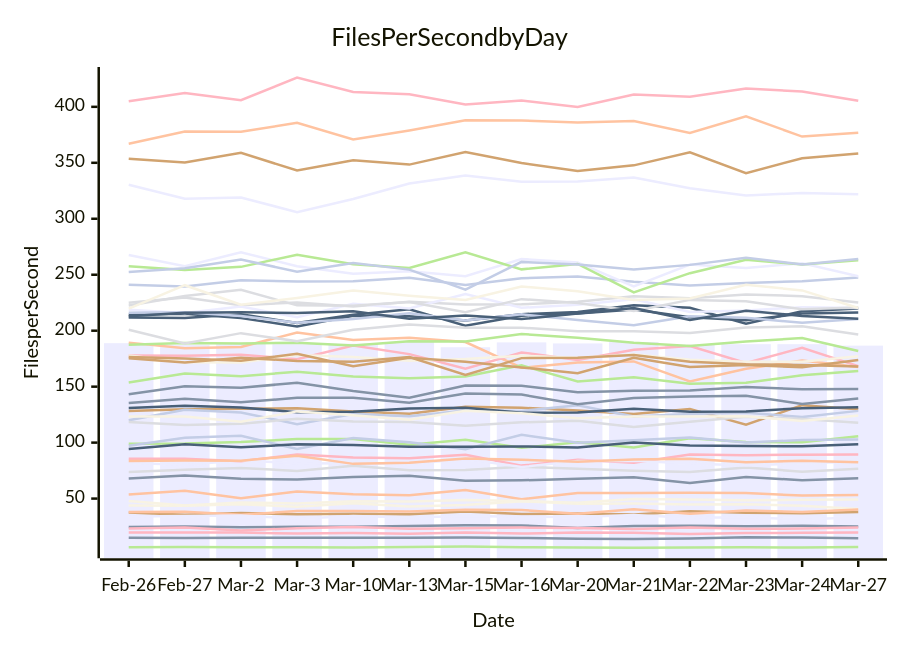
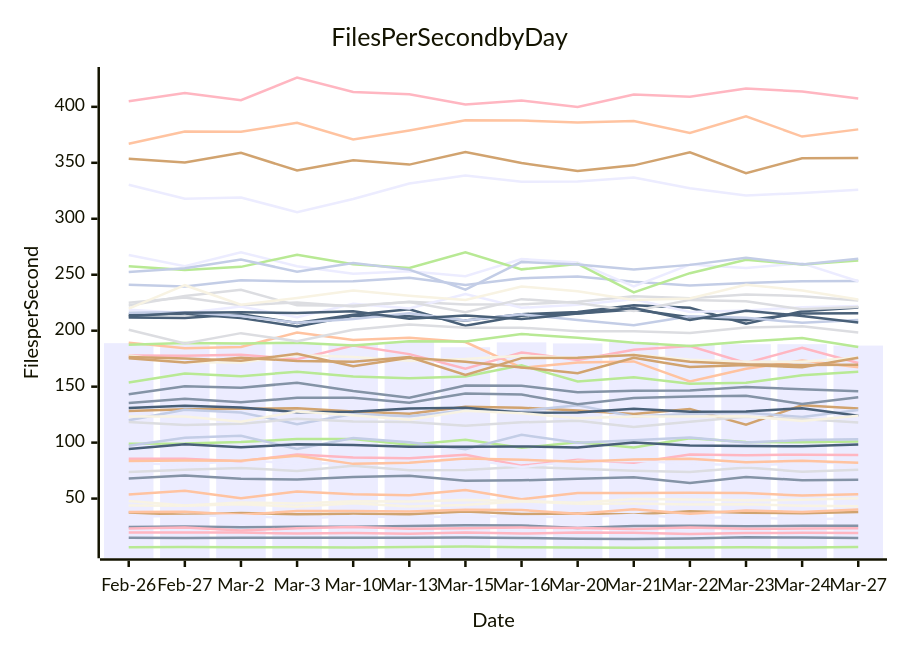
Before and after one commit to streetsidesoftware/cspell: the diagram in perf-report.md, drawn with Mermaid. The commit also changed other lines of this file and 2 other files, not shown here.

````diff
--- a/perf-report.md
+++ b/perf-report.md
@@ -11,57 +11,57 @@
 ```mermaid
 xychart-beta
     title Files Per Second by Day
     y-axis Files per Second
     x-axis Date [Feb-26, Feb-27, Mar-2, Mar-3, Mar-10, Mar-13, Mar-15, Mar-16, Mar-20, Mar-21, Mar-22, Mar-23, Mar-24, Mar-27]
-    bar [188.86, 187.47, 189.15, 187.99, 188.38, 189.98, 185.21, 189.57, 188.63, 189.87, 187.45, 187.93, 187.93, 186.66]
-    line [14.98, 14.69, 15.09, 15.05, 14.93, 14.92, 15.23, 14.84, 14.06, 13.99, 14.45, 15.39, 15.15, 14.58]
-    line [366.95, 377.92, 377.66, 385.69, 370.91, 378.91, 387.90, 387.80, 386.06, 387.41, 376.59, 391.51, 373.44, 376.90]
-    line [73.75, 75.77, 77.40, 74.68, 79.36, 75.39, 75.58, 78.40, 76.58, 74.92, 73.83, 77.77, 74.02, 76.72]
-    line [99.09, 99.19, 100.48, 103.18, 103.33, 98.05, 102.55, 95.32, 100.34, 95.68, 103.94, 100.49, 100.37, 105.76]
-    line [128.31, 129.87, 130.27, 130.71, 127.81, 125.76, 132.01, 131.14, 128.67, 125.67, 130.11, 116.06, 133.46, 129.91]
-    line [119.96, 129.35, 126.96, 116.50, 125.61, 123.50, 128.64, 128.22, 133.34, 123.28, 125.66, 126.65, 122.93, 128.36]
-    line [85.68, 85.69, 83.26, 89.40, 86.73, 86.09, 89.20, 79.46, 84.64, 82.02, 89.37, 88.80, 89.20, 89.35]
-    line [214.22, 215.21, 211.23, 203.79, 213.30, 213.00, 209.05, 214.75, 216.78, 222.67, 220.47, 206.28, 217.42, 219.92]
-    line [43.86, 43.58, 44.95, 42.68, 45.79, 43.00, 44.30, 47.55, 45.42, 45.55, 44.76, 44.94, 43.55, 40.77]
-    line [81.93, 80.10, 84.29, 81.35, 81.66, 80.93, 85.41, 78.19, 83.51, 83.81, 81.43, 79.47, 81.70, 82.61]
-    line [24.62, 25.06, 24.45, 24.76, 24.74, 25.60, 26.18, 25.98, 23.83, 25.61, 25.64, 25.22, 25.67, 25.09]
-    line [189.34, 184.31, 185.47, 198.42, 191.68, 193.62, 189.84, 166.89, 171.60, 172.56, 154.71, 166.00, 173.35, 167.52]
-    line [225.02, 229.69, 222.82, 225.14, 221.56, 225.82, 223.33, 223.62, 225.78, 230.86, 229.00, 232.44, 230.81, 225.18]
-    line [6.44, 6.78, 6.62, 6.55, 6.32, 6.79, 7.12, 6.59, 6.35, 6.19, 6.26, 6.60, 6.25, 6.81]
-    line [37.66, 35.60, 37.02, 36.08, 36.38, 35.91, 38.37, 36.25, 36.61, 35.87, 38.67, 37.37, 36.99, 38.05]
-    line [97.11, 104.32, 106.04, 94.30, 104.19, 100.36, 94.07, 106.95, 99.82, 102.15, 104.63, 100.11, 102.26, 102.72]
-    line [177.93, 177.54, 178.41, 174.58, 186.65, 179.06, 166.05, 180.55, 173.75, 182.92, 186.30, 171.18, 184.68, 168.37]
-    line [211.79, 211.44, 214.66, 206.78, 214.22, 219.20, 204.44, 213.42, 215.32, 218.95, 211.96, 209.30, 215.41, 216.20]
-    line [177.93, 171.71, 171.61, 178.31, 176.56, 173.19, 174.63, 177.66, 175.92, 178.79, 174.01, 172.30, 172.16, 177.09]
-    line [218.81, 215.75, 221.50, 212.02, 224.11, 219.75, 232.68, 220.52, 223.12, 228.15, 216.79, 218.07, 220.91, 220.34]
-    line [143.30, 150.41, 149.07, 153.47, 146.06, 140.05, 150.95, 150.81, 144.94, 146.39, 146.52, 149.65, 147.78, 147.83]
-    line [83.59, 84.08, 83.89, 88.30, 81.02, 82.11, 85.90, 84.63, 82.99, 84.87, 85.57, 82.40, 83.84, 82.50]
-    line [222.46, 230.96, 236.51, 222.64, 222.38, 225.56, 216.60, 228.18, 224.68, 217.69, 227.52, 226.28, 219.14, 220.79]
-    line [187.50, 189.10, 188.54, 189.19, 186.81, 190.52, 190.26, 197.02, 193.75, 189.15, 186.42, 190.28, 193.49, 181.91]
-    line [353.61, 350.32, 358.90, 343.06, 352.21, 348.39, 359.59, 349.81, 342.75, 347.71, 359.34, 340.76, 354.09, 358.28]
-    line [240.98, 239.52, 244.96, 243.99, 244.22, 247.23, 240.74, 246.80, 248.37, 243.77, 240.29, 242.61, 244.28, 247.49]
-    line [23.19, 24.07, 21.50, 23.56, 24.56, 23.16, 23.57, 24.07, 23.83, 22.72, 24.07, 23.01, 23.19, 24.13]
-    line [94.30, 98.50, 95.82, 98.55, 97.82, 96.22, 96.21, 96.60, 95.61, 100.00, 97.34, 96.90, 96.73, 98.60]
-    line [219.75, 240.64, 223.28, 229.19, 235.85, 231.18, 227.46, 239.47, 235.22, 227.41, 228.79, 241.01, 235.98, 220.22]
-    line [330.45, 317.84, 319.02, 305.87, 317.67, 331.44, 338.69, 332.97, 333.24, 336.87, 327.34, 320.84, 322.94, 321.90]
-    line [135.42, 139.26, 136.06, 139.99, 140.01, 135.63, 143.93, 142.95, 134.36, 139.82, 141.15, 141.79, 134.53, 139.50]
-    line [38.02, 38.35, 35.65, 38.90, 38.99, 38.46, 40.13, 39.77, 36.42, 40.38, 36.50, 39.38, 38.08, 40.30]
-    line [118.53, 115.70, 116.93, 121.24, 118.95, 118.40, 114.99, 118.14, 119.47, 113.95, 118.70, 123.16, 121.00, 117.83]
-    line [153.79, 161.66, 159.28, 163.36, 159.01, 157.48, 159.10, 169.05, 154.54, 158.47, 152.54, 153.40, 160.13, 163.97]
-    line [176.50, 175.06, 173.05, 179.29, 168.17, 175.84, 172.23, 167.20, 162.09, 175.73, 167.53, 169.26, 167.37, 173.73]
-    line [215.98, 216.39, 213.20, 207.00, 210.46, 215.67, 209.05, 214.60, 209.59, 204.82, 212.94, 211.50, 207.03, 210.52]
-    line [405.05, 412.32, 405.86, 426.09, 413.29, 411.20, 402.18, 405.65, 399.88, 410.92, 409.10, 416.42, 413.72, 405.40]
-    line [131.00, 133.00, 131.45, 127.22, 127.60, 130.54, 131.20, 126.76, 126.98, 130.36, 127.52, 127.75, 130.81, 131.70]
-    line [123.31, 123.27, 118.58, 127.90, 124.38, 120.45, 128.40, 126.26, 121.85, 123.29, 123.31, 123.57, 119.37, 124.27]
-    line [267.57, 257.62, 270.01, 257.62, 250.97, 253.10, 248.68, 263.99, 260.91, 239.46, 259.16, 256.10, 260.18, 248.68]
-    line [67.89, 70.56, 67.78, 66.98, 69.18, 70.51, 65.83, 66.30, 67.73, 68.98, 63.91, 69.35, 66.34, 68.18]
-    line [53.55, 56.91, 50.34, 56.33, 53.77, 52.96, 57.64, 49.40, 55.01, 55.07, 55.14, 54.97, 52.69, 53.14]
-    line [200.84, 188.59, 197.81, 190.62, 200.86, 205.50, 202.63, 202.69, 199.56, 199.40, 197.96, 202.91, 203.92, 196.56]
-    line [257.65, 254.22, 257.02, 267.92, 259.39, 256.02, 269.97, 254.79, 259.65, 234.19, 251.38, 263.45, 259.03, 262.82]
-    line [175.27, 171.69, 175.82, 173.02, 172.27, 176.52, 160.55, 175.49, 175.91, 178.24, 172.29, 170.07, 169.37, 167.98]
-    line [252.54, 255.82, 263.63, 252.65, 260.43, 254.55, 236.73, 261.47, 259.22, 254.59, 258.80, 265.17, 259.19, 263.98]
-    line [19.60, 19.60, 19.63, 18.78, 19.22, 18.67, 19.78, 18.71, 19.79, 19.47, 18.35, 19.30, 19.37, 19.72]
-    line [212.86, 215.99, 216.40, 215.81, 217.40, 210.64, 213.63, 210.38, 215.44, 220.20, 209.66, 217.73, 213.19, 210.60]
-    line [47.91, 43.77, 46.60, 45.68, 47.70, 47.47, 48.64, 47.90, 46.22, 49.72, 49.15, 48.47, 48.92, 49.10]
-    line [33.98, 34.43, 34.99, 32.10, 34.36, 33.03, 34.53, 33.80, 33.49, 35.23, 32.80, 33.41, 31.17, 33.63]
+    bar [188.86, 187.47, 189.15, 187.99, 188.38, 189.98, 185.21, 189.57, 188.63, 189.87, 187.45, 187.93, 187.93, 186.72]
+    line [14.98, 14.69, 15.09, 15.05, 14.93, 14.92, 15.23, 14.84, 14.06, 13.99, 14.45, 15.39, 15.15, 14.80]
+    line [366.95, 377.92, 377.66, 385.69, 370.91, 378.91, 387.90, 387.80, 386.06, 387.41, 376.59, 391.51, 373.44, 379.86]
+    line [73.75, 75.77, 77.40, 74.68, 79.36, 75.39, 75.58, 78.40, 76.58, 74.92, 73.83, 77.77, 74.02, 75.76]
+    line [99.09, 99.19, 100.48, 103.18, 103.33, 98.05, 102.55, 95.32, 100.34, 95.68, 103.94, 100.49, 100.37, 101.02]
+    line [128.31, 129.87, 130.27, 130.71, 127.81, 125.76, 132.01, 131.14, 128.67, 125.67, 130.11, 116.06, 133.46, 130.56]
+    line [119.96, 129.35, 126.96, 116.50, 125.61, 123.50, 128.64, 128.22, 133.34, 123.28, 125.66, 126.65, 122.93, 129.14]
+    line [85.68, 85.69, 83.26, 89.40, 86.73, 86.09, 89.20, 79.46, 84.64, 82.02, 89.37, 88.80, 89.20, 88.94]
+    line [214.22, 215.21, 211.23, 203.79, 213.30, 213.00, 209.05, 214.75, 216.78, 222.67, 220.47, 206.28, 217.42, 220.69]
+    line [43.86, 43.58, 44.95, 42.68, 45.79, 43.00, 44.30, 47.55, 45.42, 45.55, 44.76, 44.94, 43.55, 43.08]
+    line [81.93, 80.10, 84.29, 81.35, 81.66, 80.93, 85.41, 78.19, 83.51, 83.81, 81.43, 79.47, 81.70, 82.00]
+    line [24.62, 25.06, 24.45, 24.76, 24.74, 25.60, 26.18, 25.98, 23.83, 25.61, 25.64, 25.22, 25.67, 25.67]
+    line [189.34, 184.31, 185.47, 198.42, 191.68, 193.62, 189.84, 166.89, 171.60, 172.56, 154.71, 166.00, 173.35, 167.37]
+    line [225.02, 229.69, 222.82, 225.14, 221.56, 225.82, 223.33, 223.62, 225.78, 230.86, 229.00, 232.44, 230.81, 227.00]
+    line [6.44, 6.78, 6.62, 6.55, 6.32, 6.79, 7.12, 6.59, 6.35, 6.19, 6.26, 6.60, 6.25, 6.78]
+    line [37.66, 35.60, 37.02, 36.08, 36.38, 35.91, 38.37, 36.25, 36.61, 35.87, 38.67, 37.37, 36.99, 38.01]
+    line [97.11, 104.32, 106.04, 94.30, 104.19, 100.36, 94.07, 106.95, 99.82, 102.15, 104.63, 100.11, 102.26, 102.97]
+    line [177.93, 177.54, 178.41, 174.58, 186.65, 179.06, 166.05, 180.55, 173.75, 182.92, 186.30, 171.18, 184.68, 171.15]
+    line [211.79, 211.44, 214.66, 206.78, 214.22, 219.20, 204.44, 213.42, 215.32, 218.95, 211.96, 209.30, 215.41, 215.65]
+    line [177.93, 171.71, 171.61, 178.31, 176.56, 173.19, 174.63, 177.66, 175.92, 178.79, 174.01, 172.30, 172.16, 176.05]
+    line [218.81, 215.75, 221.50, 212.02, 224.11, 219.75, 232.68, 220.52, 223.12, 228.15, 216.79, 218.07, 220.91, 222.03]
+    line [143.30, 150.41, 149.07, 153.47, 146.06, 140.05, 150.95, 150.81, 144.94, 146.39, 146.52, 149.65, 147.78, 145.81]
+    line [83.59, 84.08, 83.89, 88.30, 81.02, 82.11, 85.90, 84.63, 82.99, 84.87, 85.57, 82.40, 83.84, 82.03]
+    line [222.46, 230.96, 236.51, 222.64, 222.38, 225.56, 216.60, 228.18, 224.68, 217.69, 227.52, 226.28, 219.14, 221.27]
+    line [187.50, 189.10, 188.54, 189.19, 186.81, 190.52, 190.26, 197.02, 193.75, 189.15, 186.42, 190.28, 193.49, 185.45]
+    line [353.61, 350.32, 358.90, 343.06, 352.21, 348.39, 359.59, 349.81, 342.75, 347.71, 359.34, 340.76, 354.09, 354.28]
+    line [240.98, 239.52, 244.96, 243.99, 244.22, 247.23, 240.74, 246.80, 248.37, 243.77, 240.29, 242.61, 244.28, 244.43]
+    line [23.19, 24.07, 21.50, 23.56, 24.56, 23.16, 23.57, 24.07, 23.83, 22.72, 24.07, 23.01, 23.19, 23.57]
+    line [94.30, 98.50, 95.82, 98.55, 97.82, 96.22, 96.21, 96.60, 95.61, 100.00, 97.34, 96.90, 96.73, 98.40]
+    line [219.75, 240.64, 223.28, 229.19, 235.85, 231.18, 227.46, 239.47, 235.22, 227.41, 228.79, 241.01, 235.98, 227.80]
+    line [330.45, 317.84, 319.02, 305.87, 317.67, 331.44, 338.69, 332.97, 333.24, 336.87, 327.34, 320.84, 322.94, 325.93]
+    line [135.42, 139.26, 136.06, 139.99, 140.01, 135.63, 143.93, 142.95, 134.36, 139.82, 141.15, 141.79, 134.53, 140.52]
+    line [38.02, 38.35, 35.65, 38.90, 38.99, 38.46, 40.13, 39.77, 36.42, 40.38, 36.50, 39.38, 38.08, 40.16]
+    line [118.53, 115.70, 116.93, 121.24, 118.95, 118.40, 114.99, 118.14, 119.47, 113.95, 118.70, 123.16, 121.00, 118.08]
+    line [153.79, 161.66, 159.28, 163.36, 159.01, 157.48, 159.10, 169.05, 154.54, 158.47, 152.54, 153.40, 160.13, 163.33]
+    line [176.50, 175.06, 173.05, 179.29, 168.17, 175.84, 172.23, 167.20, 162.09, 175.73, 167.53, 169.26, 167.37, 175.77]
+    line [215.98, 216.39, 213.20, 207.00, 210.46, 215.67, 209.05, 214.60, 209.59, 204.82, 212.94, 211.50, 207.03, 209.63]
+    line [405.05, 412.32, 405.86, 426.09, 413.29, 411.20, 402.18, 405.65, 399.88, 410.92, 409.10, 416.42, 413.72, 407.35]
+    line [131.00, 133.00, 131.45, 127.22, 127.60, 130.54, 131.20, 126.76, 126.98, 130.36, 127.52, 127.75, 130.81, 124.05]
+    line [123.31, 123.27, 118.58, 127.90, 124.38, 120.45, 128.40, 126.26, 121.85, 123.29, 123.31, 123.57, 119.37, 124.08]
+    line [267.57, 257.62, 270.01, 257.62, 250.97, 253.10, 248.68, 263.99, 260.91, 239.46, 259.16, 256.10, 260.18, 244.13]
+    line [67.89, 70.56, 67.78, 66.98, 69.18, 70.51, 65.83, 66.30, 67.73, 68.98, 63.91, 69.35, 66.34, 66.74]
+    line [53.55, 56.91, 50.34, 56.33, 53.77, 52.96, 57.64, 49.40, 55.01, 55.07, 55.14, 54.97, 52.69, 53.77]
+    line [200.84, 188.59, 197.81, 190.62, 200.86, 205.50, 202.63, 202.69, 199.56, 199.40, 197.96, 202.91, 203.92, 198.39]
+    line [257.65, 254.22, 257.02, 267.92, 259.39, 256.02, 269.97, 254.79, 259.65, 234.19, 251.38, 263.45, 259.03, 262.71]
+    line [175.27, 171.69, 175.82, 173.02, 172.27, 176.52, 160.55, 175.49, 175.91, 178.24, 172.29, 170.07, 169.37, 169.51]
+    line [252.54, 255.82, 263.63, 252.65, 260.43, 254.55, 236.73, 261.47, 259.22, 254.59, 258.80, 265.17, 259.19, 264.33]
+    line [19.60, 19.60, 19.63, 18.78, 19.22, 18.67, 19.78, 18.71, 19.79, 19.47, 18.35, 19.30, 19.37, 19.35]
+    line [212.86, 215.99, 216.40, 215.81, 217.40, 210.64, 213.63, 210.38, 215.44, 220.20, 209.66, 217.73, 213.19, 207.32]
+    line [47.91, 43.77, 46.60, 45.68, 47.70, 47.47, 48.64, 47.90, 46.22, 49.72, 49.15, 48.47, 48.92, 50.36]
+    line [33.98, 34.43, 34.99, 32.10, 34.36, 33.03, 34.53, 33.80, 33.49, 35.23, 32.80, 33.41, 31.17, 32.88]
 ```
````
